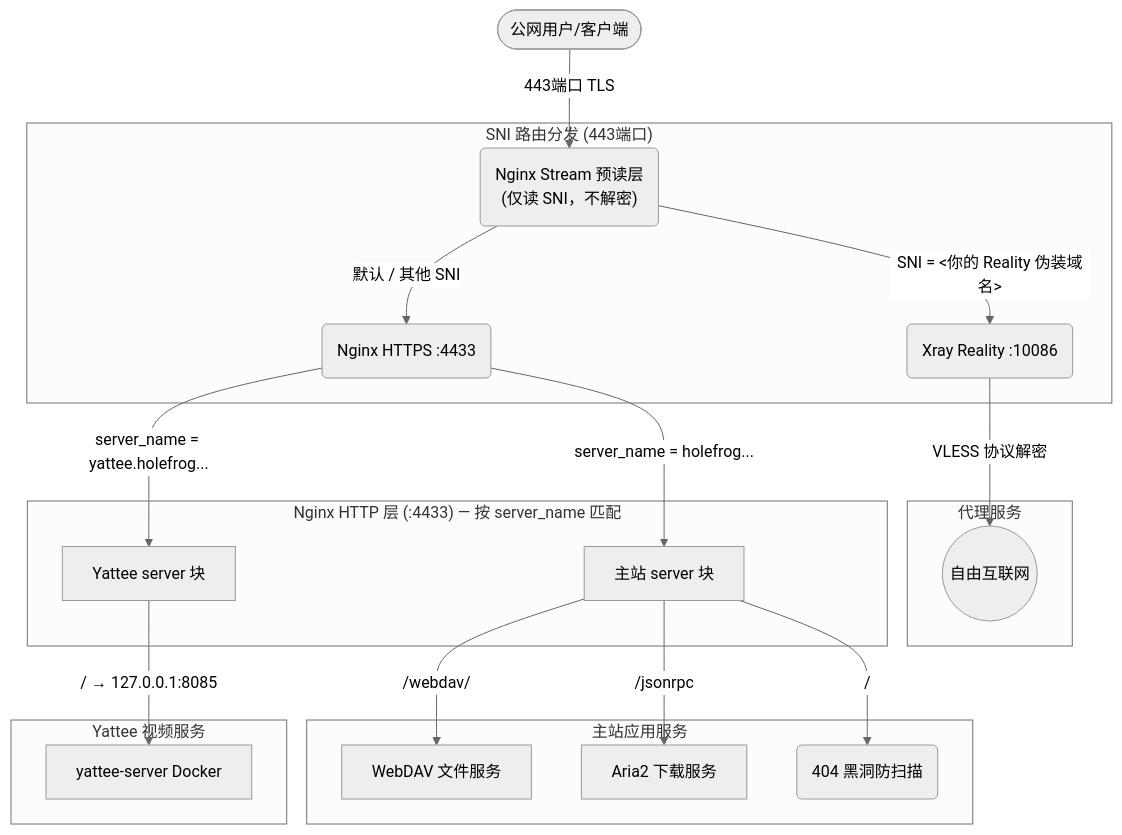
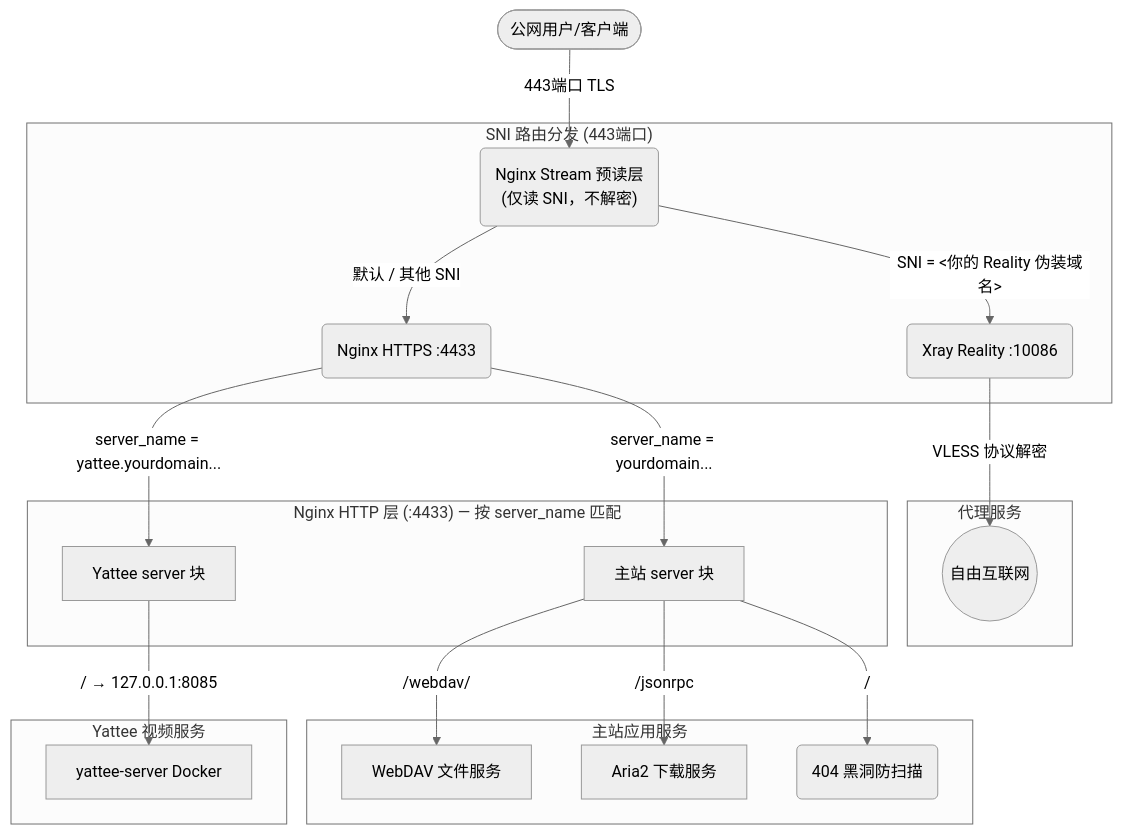
The diagram in README.md (holefrog/Ansible_RackNerd), drawn with Mermaid (neutral theme) before and after one commit.

Commit message:
docs: update README documentation and improve git_push_all.sh script utility

````diff
--- a/README.md
+++ b/README.md
@@ -20,28 +20,28 @@
 ```mermaid
 graph TD
     User(["公网用户/客户端"]) -->|"443端口 TLS"| Nginx_Stream("Nginx Stream 预读层<br/>(仅读 SNI，不解密)")
     
     subgraph sni_router ["SNI 路由分发 (443端口)"]
         Nginx_Stream -->|"SNI = <你的 Reality 伪装域名>"| Xray("Xray Reality :10086")
         Nginx_Stream -->|"默认 / 其他 SNI"| Port_4433("Nginx HTTPS :4433")
     end
     
     subgraph proxy_service ["代理服务"]
         Xray -->|"VLESS 协议解密"| Target_Internet(("自由互联网"))
     end
     
     subgraph http_layer ["Nginx HTTP 层 (:4433) — 按 server_name 匹配"]
-        Port_4433 -->|"server_name = holefrog..."| Main_Server["主站 server 块"]
-        Port_4433 -->|"server_name = yattee.holefrog..."| Yattee_Server["Yattee server 块"]
+        Port_4433 -->|"server_name = yourdomain..."| Main_Server["主站 server 块"]
+        Port_4433 -->|"server_name = yattee.yourdomain..."| Yattee_Server["Yattee server 块"]
     end
 
     subgraph app_service ["主站应用服务"]
         Main_Server -->|"/webdav/"| WebDAV["WebDAV 文件服务"]
         Main_Server -->|"/jsonrpc"| Aria2["Aria2 下载服务"]
         Main_Server -->|"/"| Fallback("404 黑洞防扫描")
     end
 
     subgraph yattee_service ["Yattee 视频服务"]
         Yattee_Server -->|"/ → 127.0.0.1:8085"| Yattee_Docker["yattee-server Docker"]
     end
 ```
````
